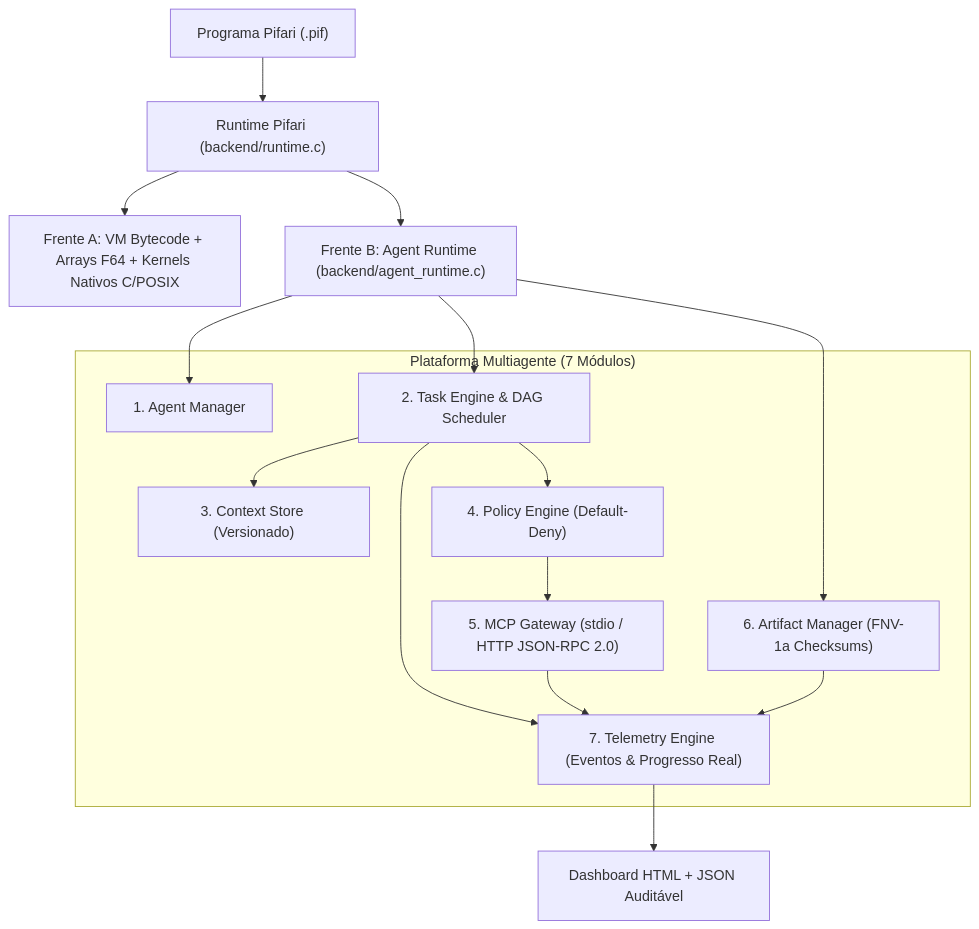
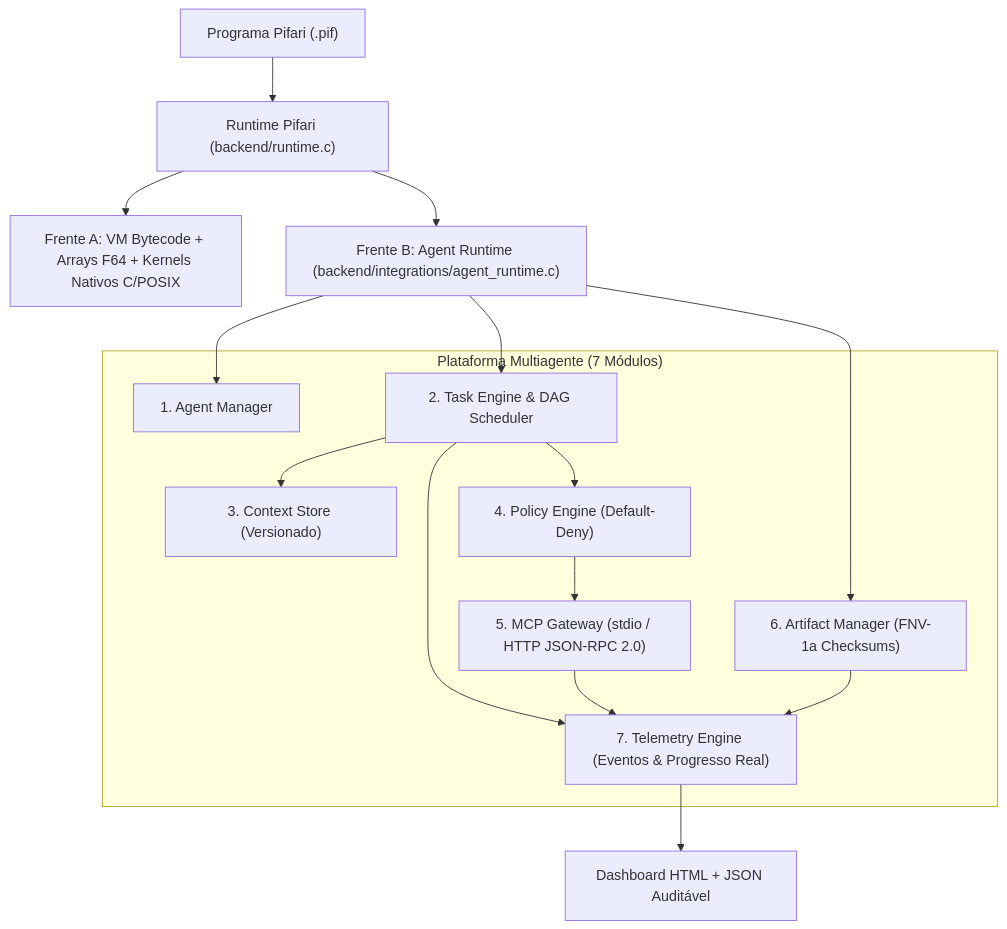
The diagram in frontend_flex_bison/docs/ARQUITETURA_AGENT_RUNTIME.md (jyrikes/Pifari), drawn with Mermaid before and after one commit. The commit also changed other lines of this file and 182 other files, not shown here.

````diff
--- a/frontend_flex_bison/docs/ARQUITETURA_AGENT_RUNTIME.md
+++ b/frontend_flex_bison/docs/ARQUITETURA_AGENT_RUNTIME.md
@@ -19,27 +19,27 @@
 ```mermaid
 flowchart TD
     PifScript["Programa Pifari (.pif)"] --> Runtime["Runtime Pifari (backend/runtime.c)"]
     Runtime --> NumericEngine["Frente A: VM Bytecode + Arrays F64 + Kernels Nativos C/POSIX"]
-    Runtime --> AgentRuntime["Frente B: Agent Runtime (backend/agent_runtime.c)"]
+    Runtime --> AgentRuntime["Frente B: Agent Runtime (backend/integrations/agent_runtime.c)"]
 
     subgraph Orquestrador ["Plataforma Multiagente (7 Módulos)"]
         AgentMgr["1. Agent Manager"]
         TaskEng["2. Task Engine & DAG Scheduler"]
         CtxStore["3. Context Store (Versionado)"]
         PolicyEng["4. Policy Engine (Default-Deny)"]
         McpGw["5. MCP Gateway (stdio / HTTP JSON-RPC 2.0)"]
         ArtMgr["6. Artifact Manager (FNV-1a Checksums)"]
         TelEng["7. Telemetry Engine (Eventos & Progresso Real)"]
     end
 
     AgentRuntime --> AgentMgr
     AgentRuntime --> TaskEng
     TaskEng --> CtxStore
     TaskEng --> PolicyEng
     PolicyEng --> McpGw
     AgentRuntime --> ArtMgr
     TaskEng --> TelEng
     McpGw --> TelEng
     ArtMgr --> TelEng
     TelEng --> Dashboard["Dashboard HTML + JSON Auditável"]
 ```
````
